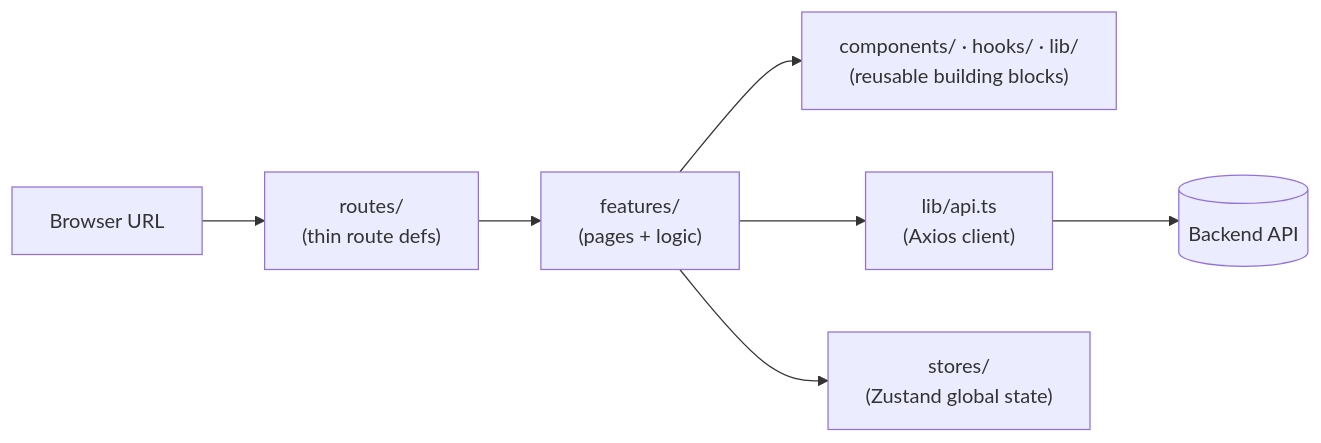
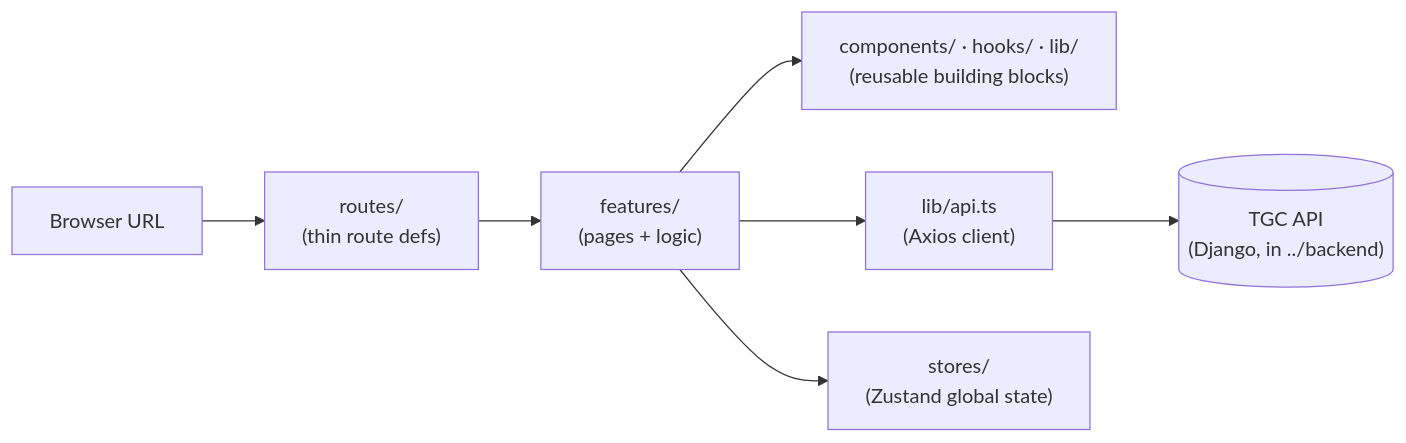
One commit to TGCTZ/TGC-SERVICE-FRONTEND changed the diagram in docs/README.md. Above: the diagram before and after it, drawn with Mermaid. The commit also changed other lines of this file and 18 other files, not shown here.

````diff
--- a/docs/README.md
+++ b/docs/README.md
@@ -27,9 +28,9 @@
 ```mermaid
 flowchart LR
     URL["Browser URL"] --> Routes["routes/<br/>(thin route defs)"]
     Routes --> Features["features/<br/>(pages + logic)"]
     Features --> Shared["components/ · hooks/ · lib/<br/>(reusable building blocks)"]
     Features --> API["lib/api.ts<br/>(Axios client)"]
-    API --> Backend[("Backend API")]
+    API --> Backend[("TGC API<br/>(Django, in ../backend)")]
     Features --> Stores["stores/<br/>(Zustand global state)"]
 ```
````
